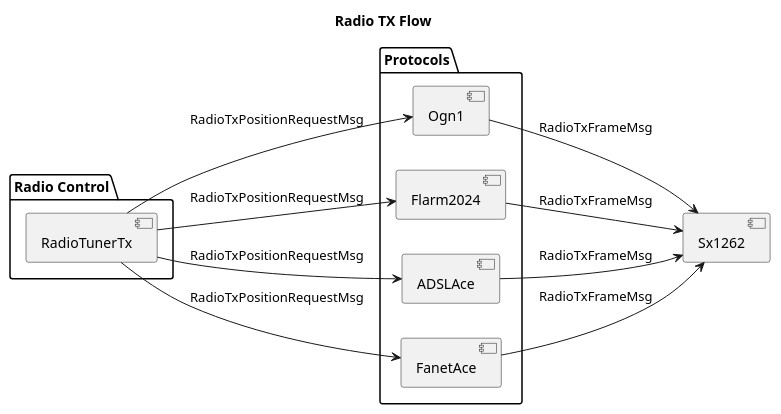
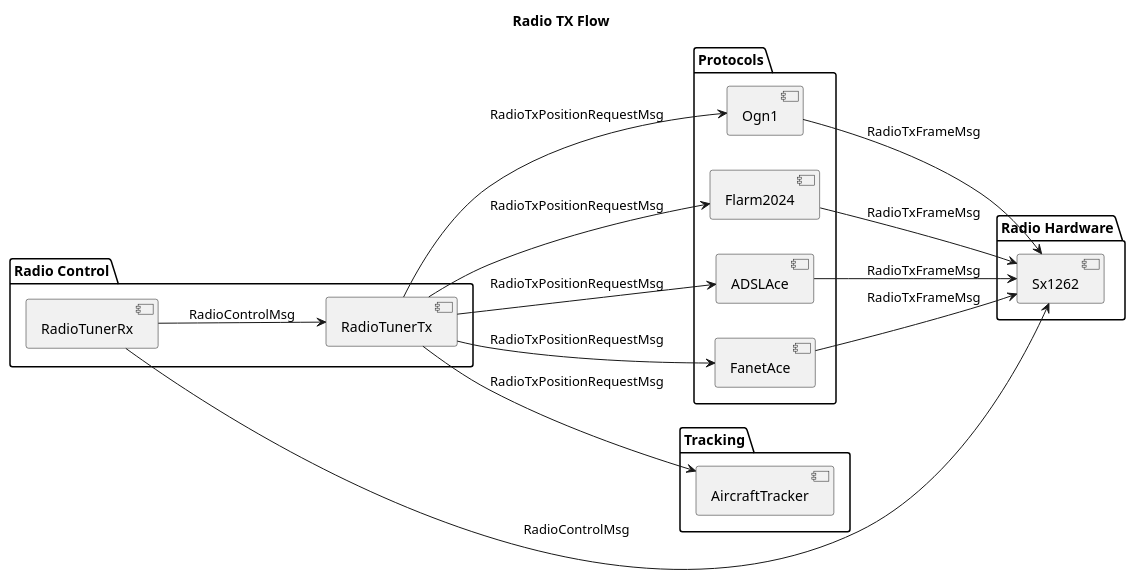
One commit to rvt/openace changed the fifth of 7 diagrams in doc/message-bus.md. Above: the diagram before and after it, drawn with PlantUML. The commit also changed other lines of this file and 8 other files, not shown here.

````diff
--- a/doc/message-bus.md
+++ b/doc/message-bus.md
@@ -206,32 +255,44 @@
 ```plantuml
 ' =====================================================================
 ' RADIO TX FLOW
 ' =====================================================================
 @startuml
 title Radio TX Flow
 
 left to right direction
 
 package "Radio Control" {
     [RadioTunerTx]
+    [RadioTunerRx]
 }
 
 package "Protocols" {
     [Ogn1]
     [Flarm2024]
     [ADSLAce]
     [FanetAce]
 }
 
+package "Tracking" {
+    [AircraftTracker]
+}
+
+package "Radio Hardware" {
+    [Sx1262]
+}
+
+[RadioTunerRx] --> [Sx1262] : RadioControlMsg
+[RadioTunerRx] --> [RadioTunerTx] : RadioControlMsg
 [RadioTunerTx] --> [Ogn1] : RadioTxPositionRequestMsg
 [RadioTunerTx] --> [Flarm2024] : RadioTxPositionRequestMsg
 [RadioTunerTx] --> [ADSLAce] : RadioTxPositionRequestMsg
 [RadioTunerTx] --> [FanetAce] : RadioTxPositionRequestMsg
+[RadioTunerTx] --> [AircraftTracker] : RadioTxPositionRequestMsg
 
 [Ogn1] --> [Sx1262] : RadioTxFrameMsg
 [Flarm2024] --> [Sx1262] : RadioTxFrameMsg
 [ADSLAce] --> [Sx1262] : RadioTxFrameMsg
 [FanetAce] --> [Sx1262] : RadioTxFrameMsg
 
 @enduml
 ```
````
